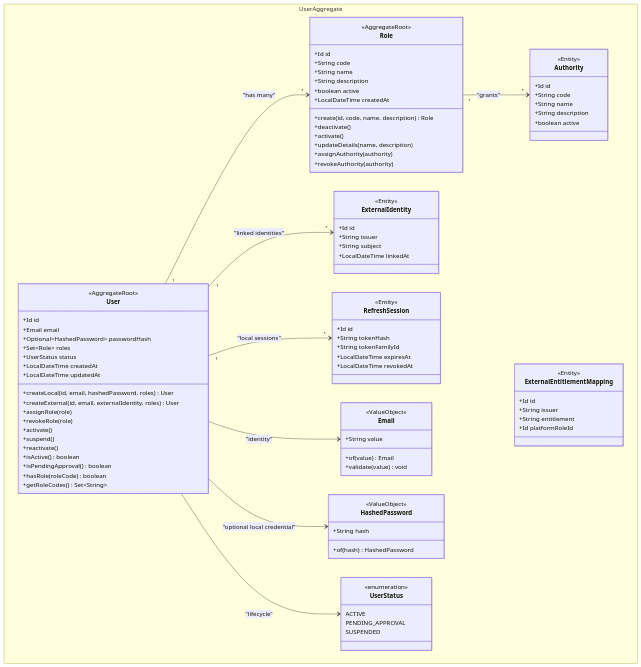
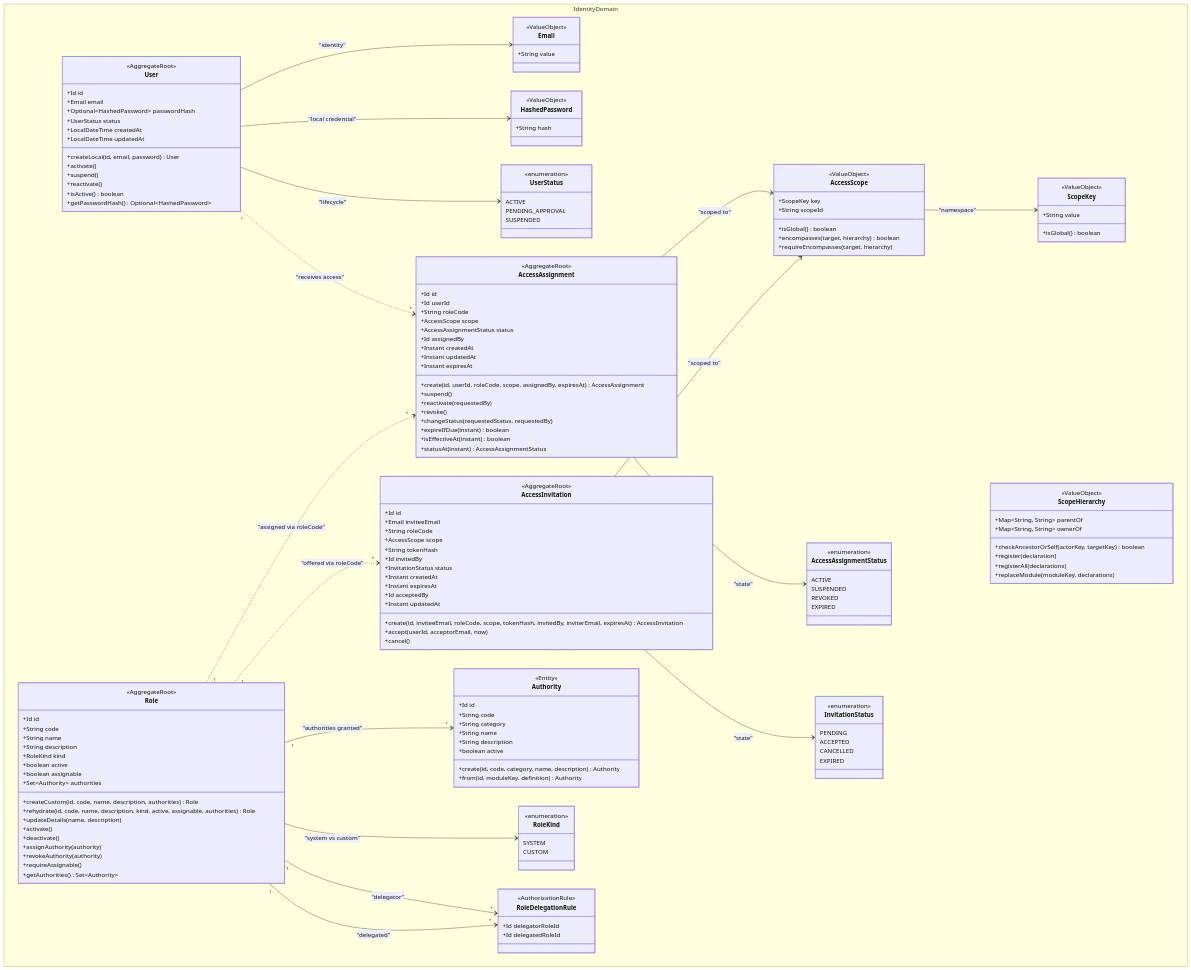
The first of 6 diagrams in docs/dev/domain/identity/architecture/DGR_001-Identity_bounded_context_architecture.md (khinemyaezin/grab), drawn with Mermaid before and after one commit. The commit also changed other lines of this file and 178 other files, not shown here.

Commit message:
feat: enhance identity module with merchant ID support and new security manifest commands

````diff
--- a/docs/dev/domain/identity/architecture/DGR_001-Identity_bounded_context_architecture.md
+++ b/docs/dev/domain/identity/architecture/DGR_001-Identity_bounded_context_architecture.md
@@ -11,27 +11,21 @@
 classDiagram
     direction TD
 
-    namespace UserAggregate {
+    namespace IdentityDomain {
         class User {
             <<AggregateRoot>>
             +Id id
             +Email email
             +Optional~HashedPassword~ passwordHash
-            +Set~Role~ roles
             +UserStatus status
             +LocalDateTime createdAt
             +LocalDateTime updatedAt
-            +createLocal(id, email, hashedPassword, roles) User
-            +createExternal(id, email, externalIdentity, roles) User
-            +assignRole(role)
-            +revokeRole(role)
+            +createLocal(id, email, password) User
             +activate()
             +suspend()
             +reactivate()
             +isActive() boolean
-            +isPendingApproval() boolean
-            +hasRole(roleCode) boolean
-            +getRoleCodes() Set~String~
+            +getPasswordHash() Optional~HashedPassword~
         }
 
         class Role {
@@ -40,61 +34,111 @@
             +String code
             +String name
             +String description
+            +RoleKind kind
             +boolean active
-            +LocalDateTime createdAt
-            +create(id, code, name, description) Role
+            +boolean assignable
+            +Set~Authority~ authorities
+            +createCustom(id, code, name, description, authorities) Role
+            +rehydrate(id, code, name, description, kind, active, assignable, authorities) Role
+            +updateDetails(name, description)
+            +activate()
             +deactivate()
-            +activate()
-            +updateDetails(name, description)
             +assignAuthority(authority)
             +revokeAuthority(authority)
+            +requireAssignable()
+            +getAuthorities() Set~Authority~
         }
 
         class Authority {
             <<Entity>>
             +Id id
             +String code
+            +String category
             +String name
             +String description
             +boolean active
+            +create(id, code, category, name, description) Authority
+            +from(id, moduleKey, definition) Authority
         }
 
-        class ExternalIdentity {
-            <<Entity>>
+        class AccessAssignment {
+            <<AggregateRoot>>
             +Id id
-            +String issuer
-            +String subject
-            +LocalDateTime linkedAt
+            +Id userId
+            +String roleCode
+            +AccessScope scope
+            +AccessAssignmentStatus status
+            +Id assignedBy
+            +Instant createdAt
+            +Instant updatedAt
+            +Instant expiresAt
+            +create(id, userId, roleCode, scope, assignedBy, expiresAt) AccessAssignment
+            +suspend()
+            +reactivate(requestedBy)
+            +revoke()
+            +changeStatus(requestedStatus, requestedBy)
+            +expireIfDue(instant) boolean
+            +isEffectiveAt(instant) boolean
+            +statusAt(instant) AccessAssignmentStatus
         }
 
-        class ExternalEntitlementMapping {
-            <<Entity>>
+        class AccessInvitation {
+            <<AggregateRoot>>
             +Id id
-            +String issuer
-            +String entitlement
-            +Id platformRoleId
+            +Email inviteeEmail
+            +String roleCode
+            +AccessScope scope
+            +String tokenHash
+            +Id invitedBy
+            +InvitationStatus status
+            +Instant createdAt
+            +Instant expiresAt
+            +Id acceptedBy
+            +Instant updatedAt
+            +create(id, inviteeEmail, roleCode, scope, tokenHash, invitedBy, inviterEmail, expiresAt) AccessInvitation
+            +accept(userId, acceptorEmail, now)
+            +cancel()
         }
 
-        class RefreshSession {
-            <<Entity>>
-            +Id id
-            +String tokenHash
-            +String tokenFamilyId
-            +LocalDateTime expiresAt
-            +LocalDateTime revokedAt
+        class RoleDelegationRule {
+            <<AuthorizationRule>>
+            +Id delegatorRoleId
+            +Id delegatedRoleId
+        }
+
+        class AccessScope {
+            <<ValueObject>>
+            +ScopeKey key
+            +String scopeId
+            +isGlobal() boolean
+            +encompasses(target, hierarchy) boolean
+            +requireEncompasses(target, hierarchy)
+        }
+
+        class ScopeKey {
+            <<ValueObject>>
+            +String value
+            +isGlobal() boolean
+        }
+
+        class ScopeHierarchy {
+            <<ValueObject>>
+            +Map~String, String~ parentOf
+            +Map~String, String~ ownerOf
+            +checkAncestorOrSelf(actorKey, targetKey) boolean
+            +register(declaration)
+            +registerAll(declarations)
+            +replaceModule(moduleKey, declarations)
         }
 
         class Email {
             <<ValueObject>>
             +String value
-            +of(value) Email
-            +validate(value) void
         }
 
         class HashedPassword {
             <<ValueObject>>
             +String hash
-            +of(hash) HashedPassword
         }
 
         class UserStatus {
@@ -103,13 +147,43 @@
             PENDING_APPROVAL
             SUSPENDED
         }
+
+        class RoleKind {
+            <<enumeration>>
+            SYSTEM
+            CUSTOM
+        }
+
+        class AccessAssignmentStatus {
+            <<enumeration>>
+            ACTIVE
+            SUSPENDED
+            REVOKED
+            EXPIRED
+        }
+
+        class InvitationStatus {
+            <<enumeration>>
+            PENDING
+            ACCEPTED
+            CANCELLED
+            EXPIRED
+        }
     }
 
-    User "1" --> "*" Role : "has many"
-    Role "*" --> "*" Authority : "grants"
-    User "1" --> "*" ExternalIdentity : "linked identities"
-    User "1" --> "*" RefreshSession : "local sessions"
     User --> Email : "identity"
-    User --> HashedPassword : "optional local credential"
+    User --> HashedPassword : "local credential"
     User --> UserStatus : "lifecycle"
+    User "1" ..> "*" AccessAssignment : "receives access"
+    AccessAssignment --> AccessScope : "scoped to"
+    AccessAssignment --> AccessAssignmentStatus : "state"
+    AccessScope --> ScopeKey : "namespace"
+    AccessInvitation --> AccessScope : "scoped to"
+    AccessInvitation --> InvitationStatus : "state"
+    Role "1" --> "*" Authority : "authorities granted"
+    Role --> RoleKind : "system vs custom"
+    Role "1" ..> "*" AccessAssignment : "assigned via roleCode"
+    Role "1" ..> "*" AccessInvitation : "offered via roleCode"
+    Role "1" --> "*" RoleDelegationRule : "delegator"
+    Role "1" --> "*" RoleDelegationRule : "delegated"
 ```
````
